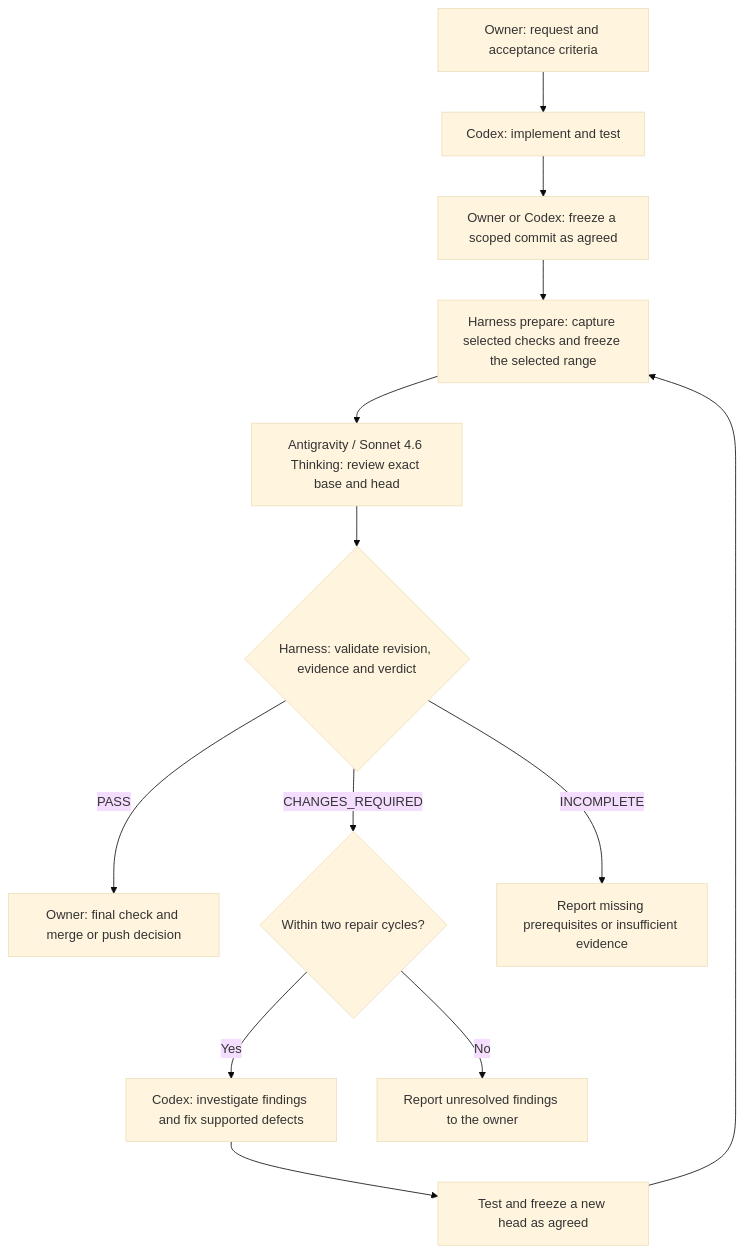
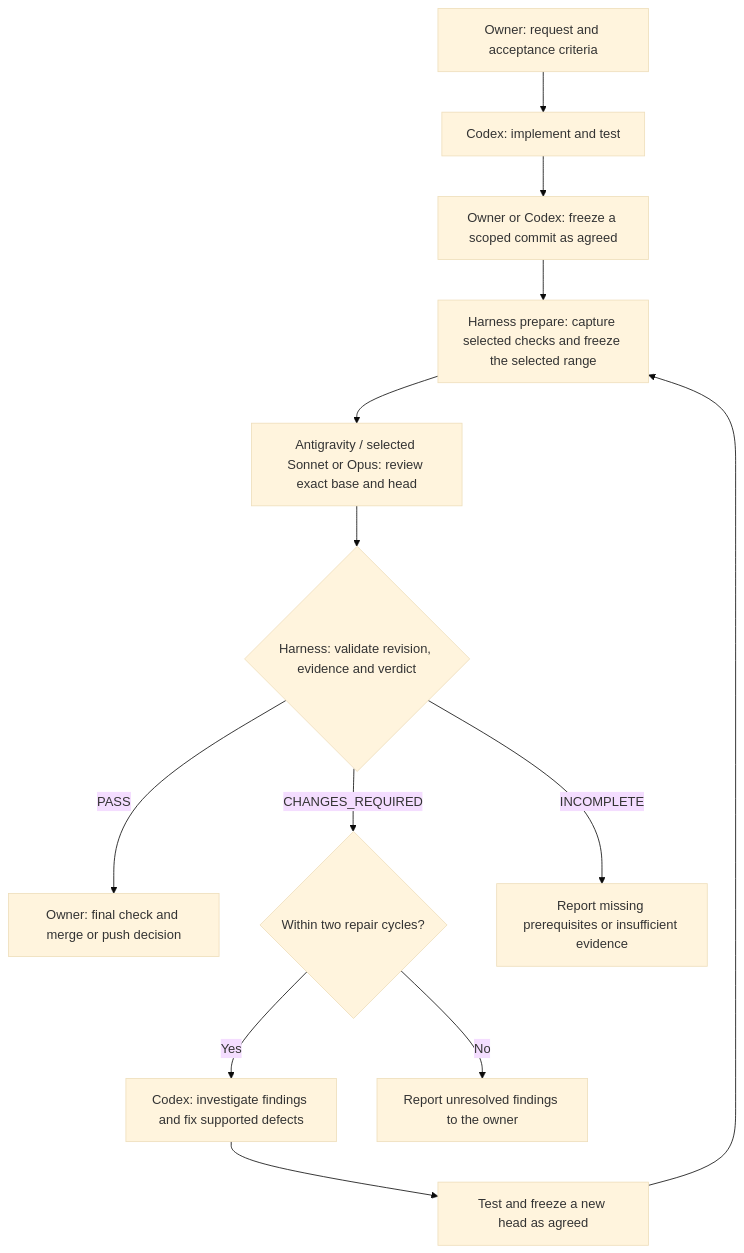
Before and after one commit to JiseokS/kibitz: the diagram in harness/README.md, drawn with Mermaid (base theme). The commit also changed other lines of this file and 11 other files, not shown here.

````diff
--- a/harness/README.md
+++ b/harness/README.md
@@ -7,15 +7,15 @@
 ```mermaid
 flowchart TD
     A["Owner: request and acceptance criteria"] --> B["Codex: implement and test"]
     B --> C["Owner or Codex: freeze a scoped commit as agreed"]
     C --> D["Harness prepare: capture selected checks and freeze the selected range"]
-    D --> E["Antigravity / Sonnet 4.6 Thinking: review exact base and head"]
+    D --> E["Antigravity / selected Sonnet or Opus: review exact base and head"]
     E --> F{"Harness: validate revision, evidence and verdict"}
     F -->|PASS| G["Owner: final check and merge or push decision"]
     F -->|CHANGES_REQUIRED| H{"Within two repair cycles?"}
     H -->|Yes| I["Codex: investigate findings and fix supported defects"]
     I --> J["Test and freeze a new head as agreed"]
     J --> D
     H -->|No| K["Report unresolved findings to the owner"]
     F -->|INCOMPLETE| L["Report missing prerequisites or insufficient evidence"]
 ```
````
